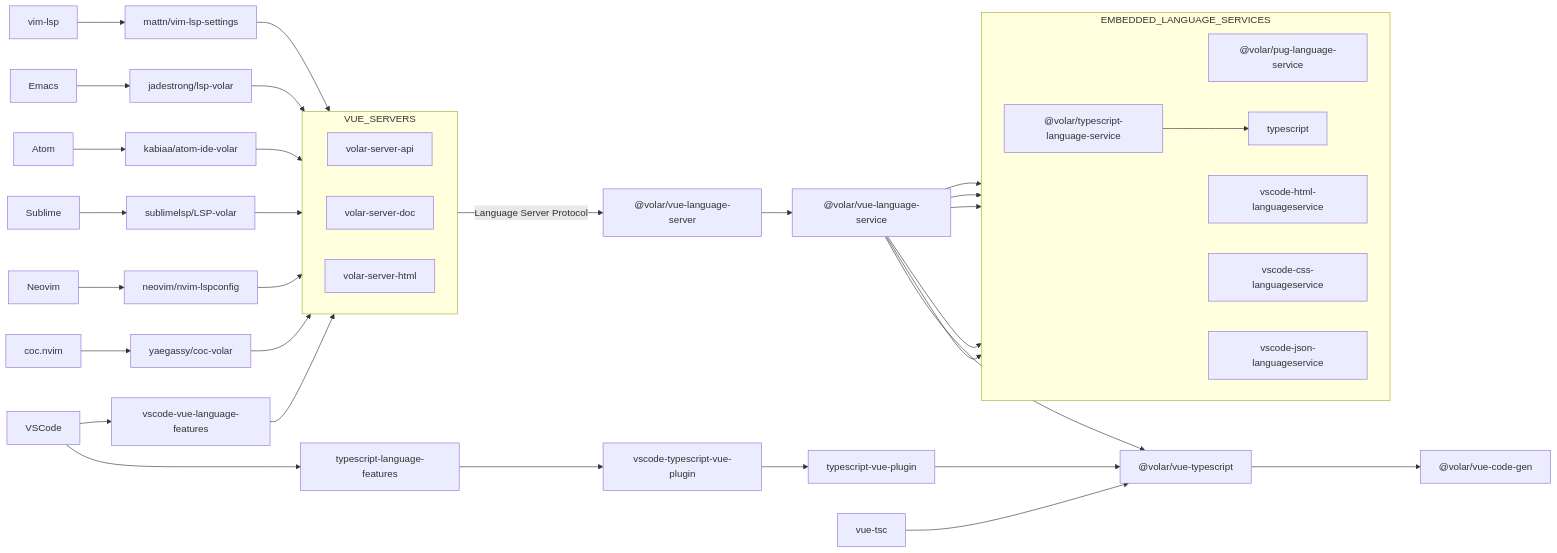
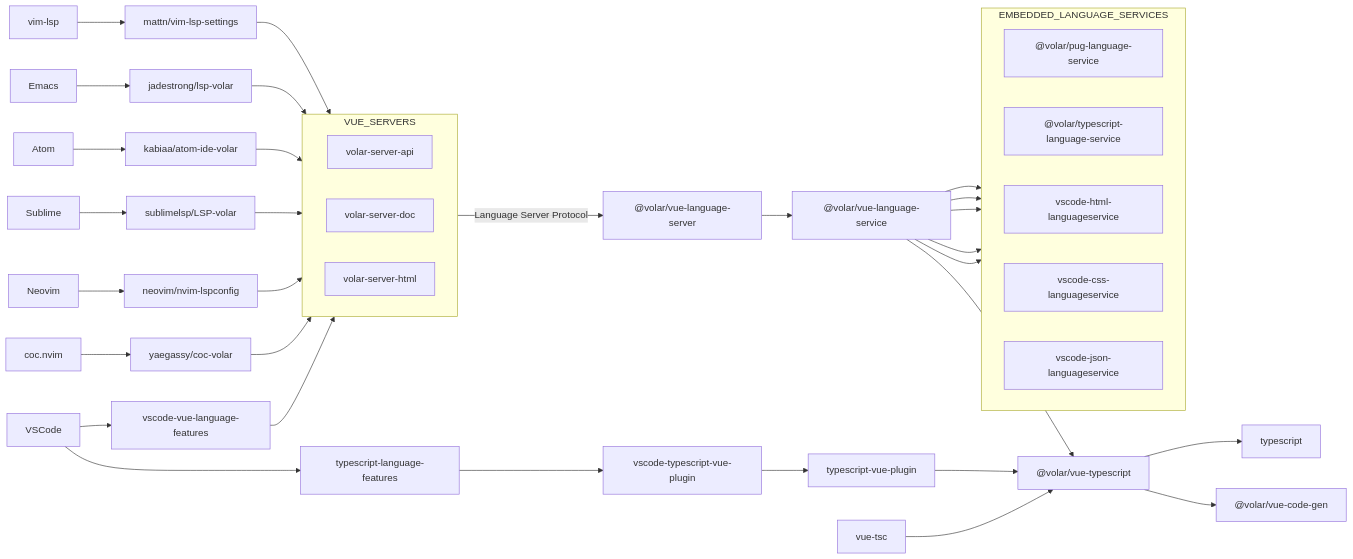
The diagram in README.md (vuejs/language-tools), drawn with Mermaid before and after one commit.

Commit message:
fix: move `typescript` under `@volar/vue-typescript`

````diff
--- a/README.md
+++ b/README.md
@@ -91,7 +91,7 @@
 
     subgraph EMBEDDED_LANGUAGE_SERVICES
       direction LR
-      TS_SERVICE --> TS
+      TS_SERVICE
       PUG_SERVICE
       HTML_SERVICE
       CSS_SERVICE
@@ -130,5 +130,6 @@
     VUE_SERVICE --> CSS_SERVICE
     VUE_SERVICE --> JSON_SERVICE
 
+    VTS --> TS
     VTS --> VUE_CG
 ```
````
